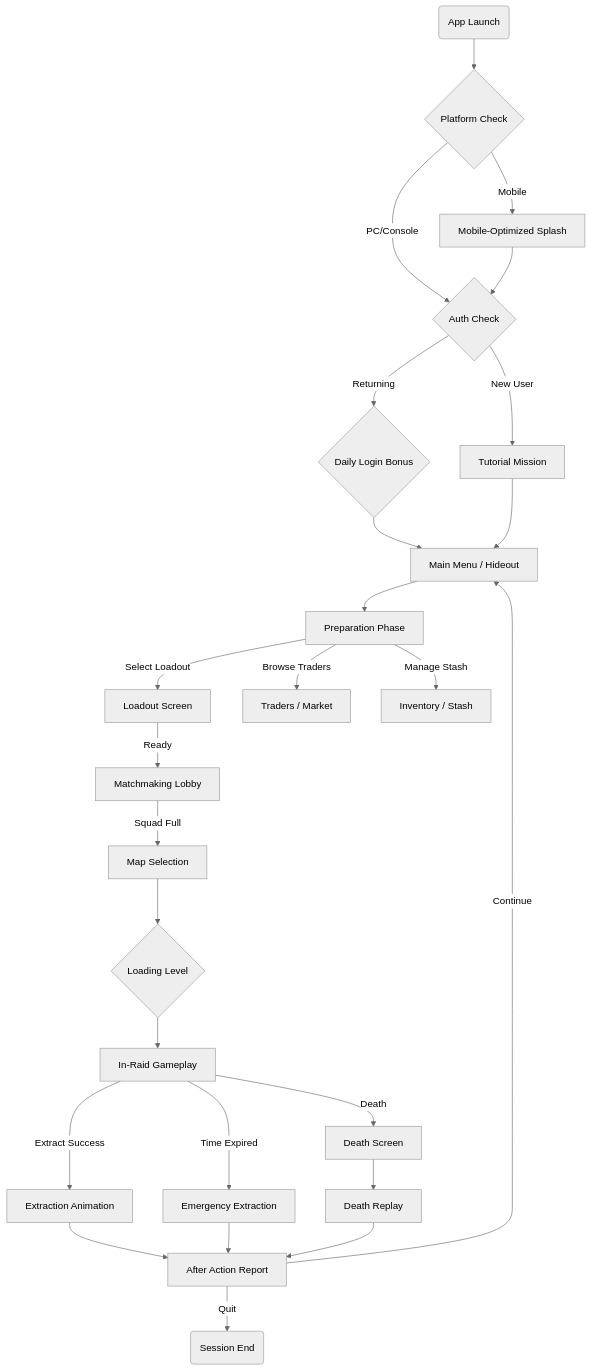
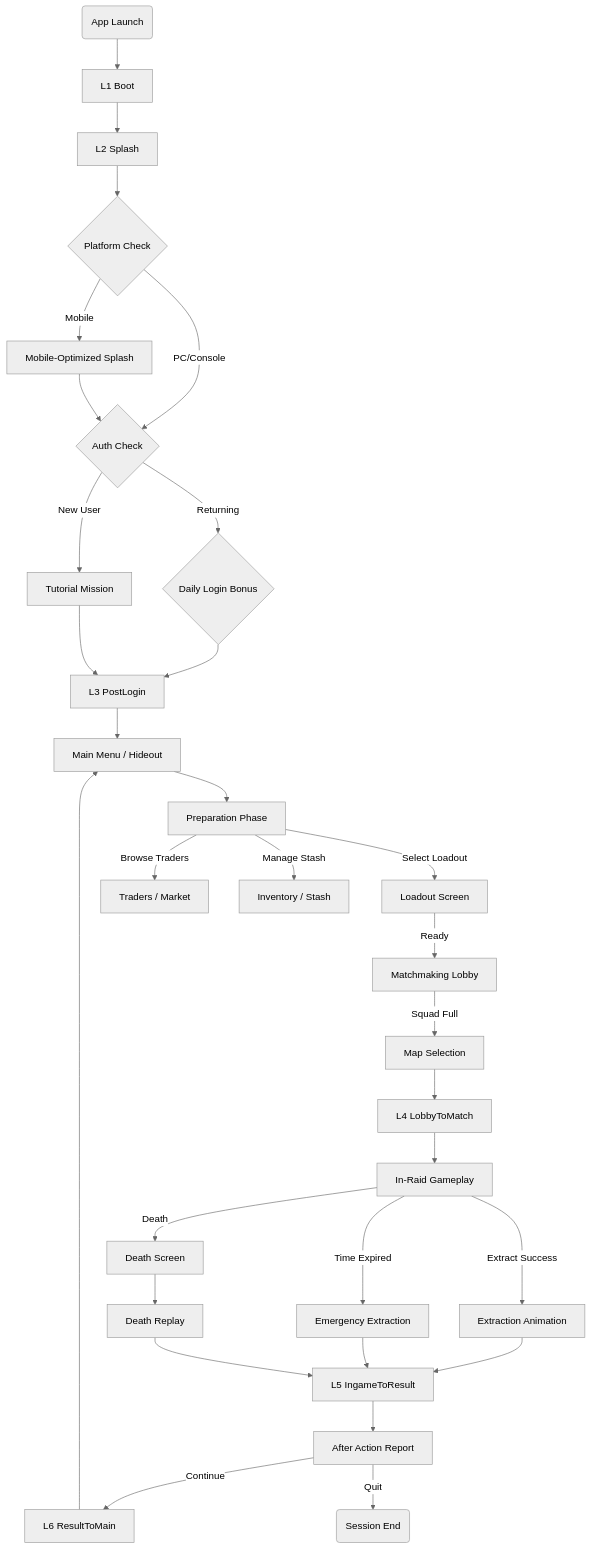
The diagram in content/GDD_Design/UI_UX/UX_Flows.md (oaiba/ExtractionDocument), drawn with Mermaid (neutral theme) before and after one commit. The commit also changed other lines of this file and 8 other files, not shown here.

Commit message:
refactor: Update loading screen documentation to clarify loading phases (L3_PostLogin, L4_LobbyToMatch), enhance content type descriptions, and improve cross-references for better navigation and usability.

````diff
--- a/content/GDD_Design/UI_UX/UX_Flows.md
+++ b/content/GDD_Design/UI_UX/UX_Flows.md
@@ -10,35 +10,41 @@
 ```mermaid
 graph TD
-    Start(App Launch) --> Platform{Platform Check}
+    Start(App Launch) --> L1[L1 Boot]
+    L1 --> L2[L2 Splash]
+    L2 --> Platform{Platform Check}
     Platform -->|PC/Console| Login{Auth Check}
     Platform -->|Mobile| MobileOpt[Mobile-Optimized Splash]
     MobileOpt --> Login
     
     Login -- New User --> Tutorial[Tutorial Mission]
     Login -- Returning --> DailyReward{Daily Login Bonus}
-    DailyReward --> MainMenu[Main Menu / Hideout]
-    Tutorial --> MainMenu
+    DailyReward --> L3[L3 PostLogin]
+    Tutorial --> L3
+    L3 --> MainMenu[Main Menu / Hideout]
     
     MainMenu --> Prep[Preparation Phase]
     Prep -->|Select Loadout| LoadoutUI[Loadout Screen]
     Prep -->|Browse Traders| TradersUI[Traders / Market]
     Prep -->|Manage Stash| InventoryUI[Inventory / Stash]
     
     LoadoutUI -->|Ready| MatchmakingUI[Matchmaking Lobby]
     MatchmakingUI -->|Squad Full| MapSelection[Map Selection]
-    MapSelection --> Loading{Loading Level}
+    MapSelection --> L4[L4 LobbyToMatch]
     
-    Loading --> Spawn[In-Raid Gameplay]
+    L4 --> Spawn[In-Raid Gameplay]
     
     Spawn -->|Death| DefeatScreen[Death Screen]
     Spawn -->|Extract Success| ExtractionUI[Extraction Animation]
     Spawn -->|Time Expired| ForceExtractUI[Emergency Extraction]
     
     DefeatScreen --> DeathCam[Death Replay]
-    ExtractionUI --> Summary[After Action Report]
-    ForceExtractUI --> Summary
-    DeathCam --> Summary
+    ExtractionUI --> L5[L5 IngameToResult]
+    ForceExtractUI --> L5
+    DeathCam --> L5
     
-    Summary -->|Continue| MainMenu
+    L5 --> Summary[After Action Report]
+    
+    Summary -->|Continue| L6[L6 ResultToMain]
     Summary -->|Quit| End(Session End)
+    L6 --> MainMenu
 ```
````
